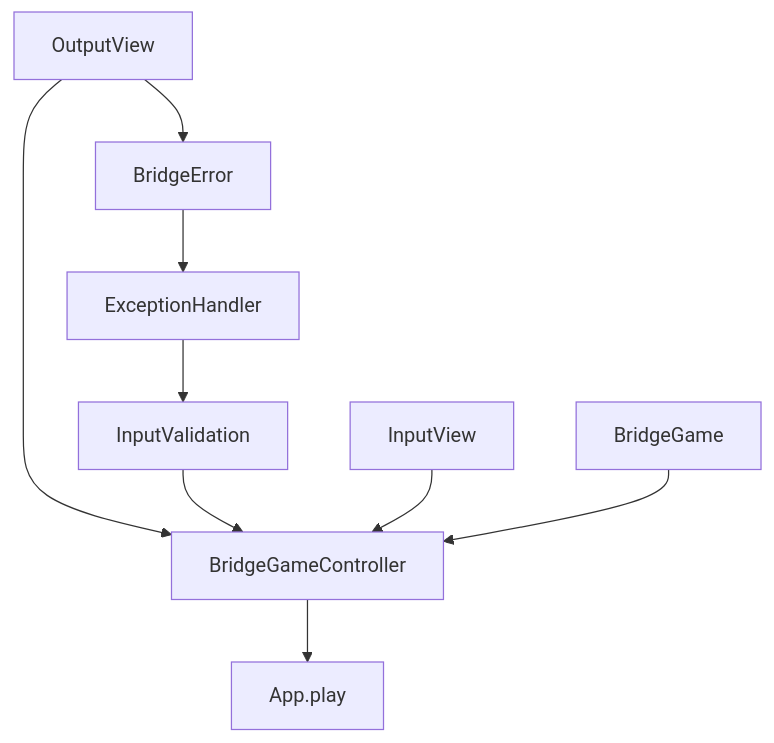
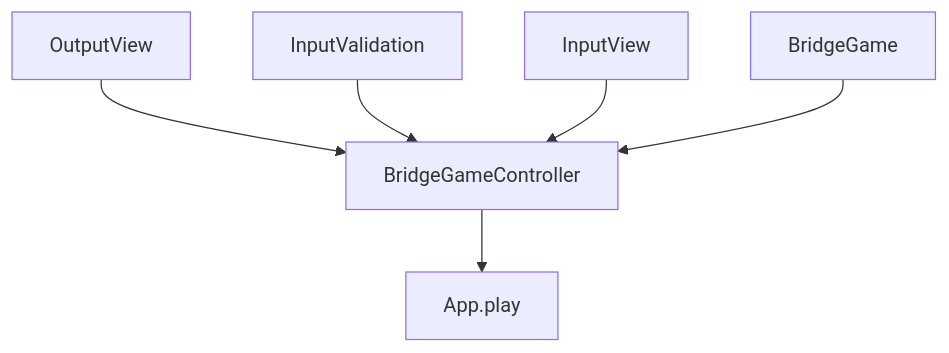
The diagram in docs/README.md (woowacourse-precourse/javascript-bridge), drawn with Mermaid before and after one commit. The commit also changed other lines of this file, not shown here.

````diff
--- a/docs/README.md
+++ b/docs/README.md
@@ -116,11 +128,8 @@
 ```mermaid
   flowchart TD
     A[OutputView] --> B[BridgeGameController]
-    A[OutputView] --> C[BridgeError]
-    C --> D[ExceptionHandler]
-    D --> E[InputValidation]
-    E --> B
+    E[InputValidation] --> B
     F[InputView] --> B
     G[BridgeGame] --> B
     B --> H[App.play]
 ```
````
